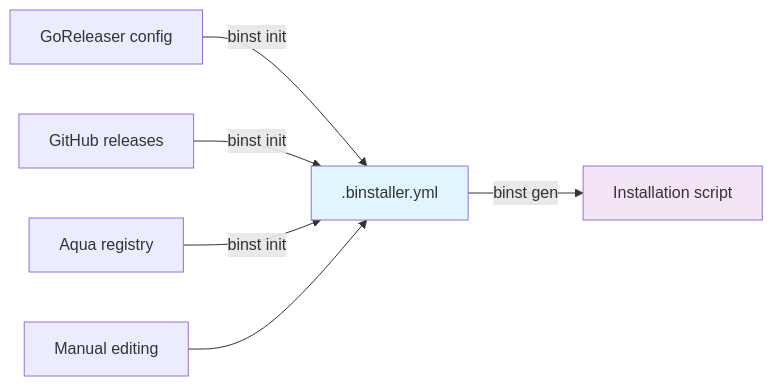
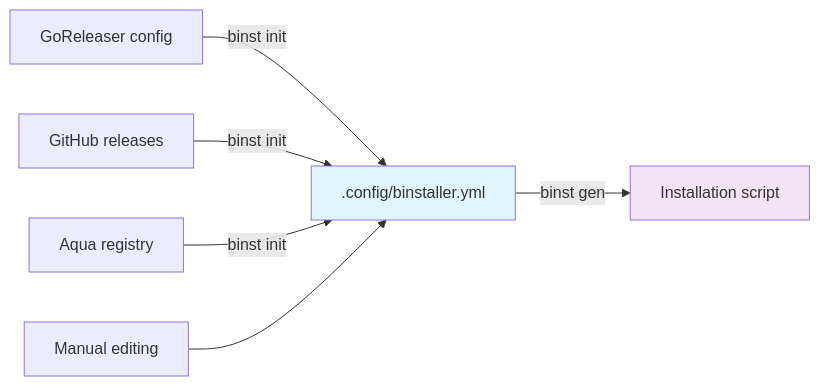
Before and after one commit to binary-install/binstaller: the diagram in README.md, drawn with Mermaid. The commit also changed other lines of this file, not shown here.

````diff
--- a/README.md
+++ b/README.md
@@ -20,12 +20,12 @@
 ```mermaid
 graph LR
-    A[GoReleaser config] --> |binst init| C[.binstaller.yml]
+    A[GoReleaser config] --> |binst init| C[.config/binstaller.yml]
     B[GitHub releases] --> |binst init| C
     D[Aqua registry] --> |binst init| C
     E[Manual editing] --> C
 
     C --> |binst gen| F[Installation script]
 
     style C fill:#e1f5fe
     style F fill:#f3e5f5
 ```
````
